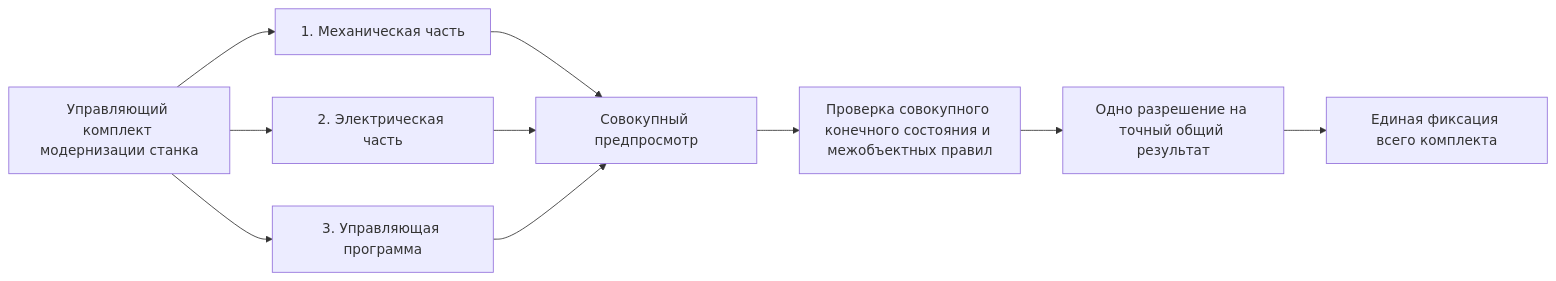
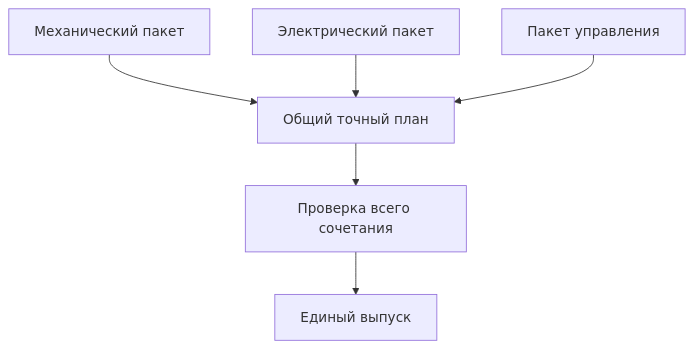
The second of 2 diagrams in wiki/Change-package-variants.md (ZelAnton/Interlink-product-book), drawn with Mermaid before and after one commit. The commit also changed other lines of this file and 231 other files, not shown here.

````diff
--- a/wiki/Change-package-variants.md
+++ b/wiki/Change-package-variants.md
@@ -155,12 +87,8 @@
 ```mermaid
-flowchart LR
-    K["Управляющий комплект модернизации станка"] --> M["1. Механическая часть"]
-    K --> E["2. Электрическая часть"]
-    K --> P["3. Управляющая программа"]
-    M --> V["Совокупный предпросмотр"]
-    E --> V
-    P --> V
-    V --> X["Проверка совокупного конечного состояния и межобъектных правил"]
-    X --> A["Одно разрешение на точный общий результат"]
-    A --> C["Единая фиксация всего комплекта"]
+flowchart TD
+    A["Механический пакет"] --> D["Общий точный план"]
+    B["Электрический пакет"] --> D
+    C["Пакет управления"] --> D
+    D --> E["Проверка всего сочетания"]
+    E --> F["Единый выпуск"]
 ```
````
